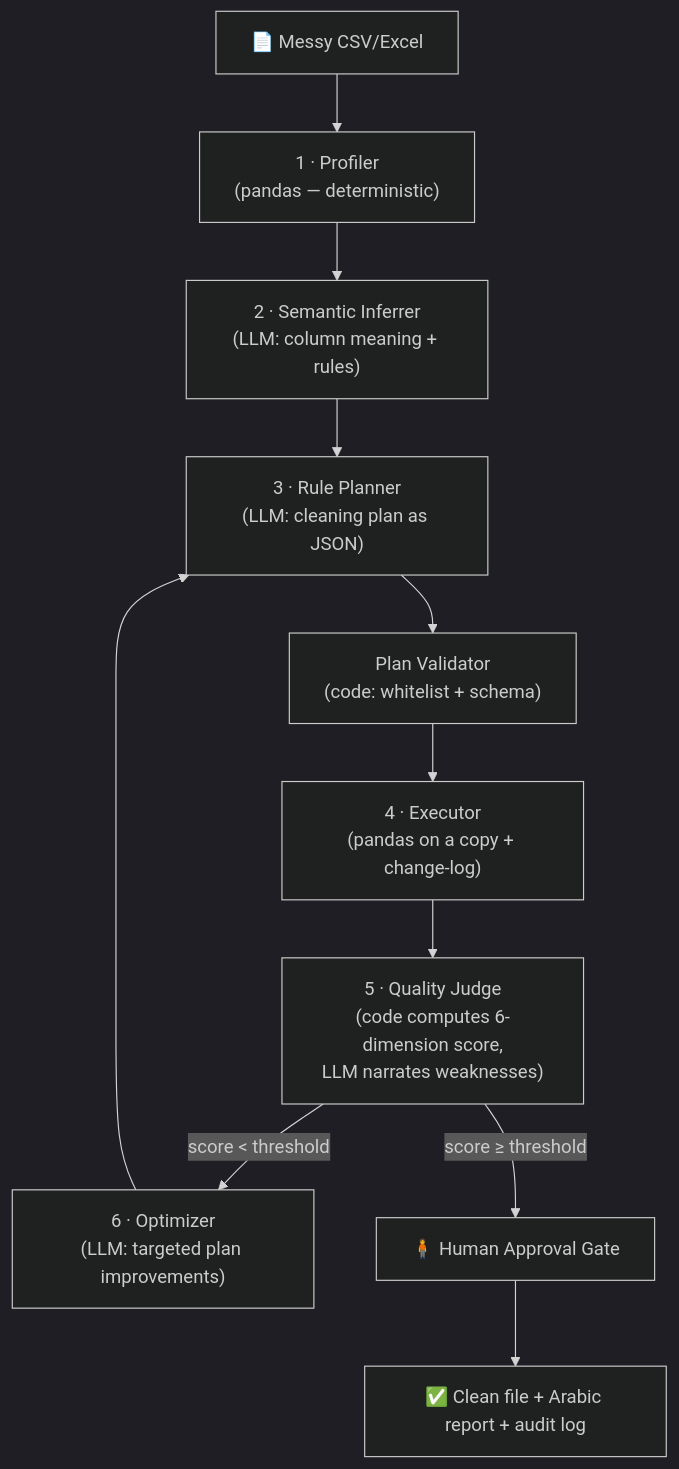
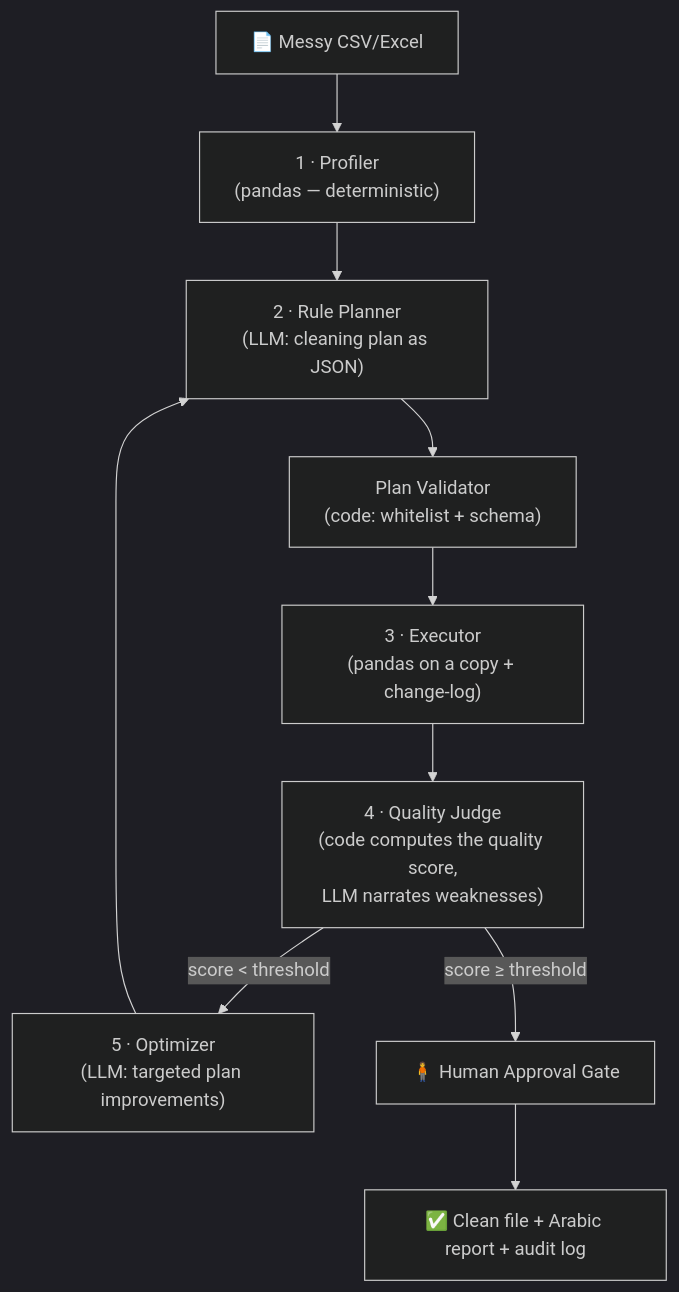
The diagram in README.md (RanemA1mutiri/data-quality-auto-fixer), drawn with Mermaid (dark theme) before and after one commit. The commit also changed other lines of this file and 6 other files, not shown here.

````diff
--- a/README.md
+++ b/README.md
@@ -42,13 +42,12 @@
 ```mermaid
 flowchart TD
     A[📄 Messy CSV/Excel] --> B["1 · Profiler<br/>(pandas — deterministic)"]
-    B --> C["2 · Semantic Inferrer<br/>(LLM: column meaning + rules)"]
-    C --> D["3 · Rule Planner<br/>(LLM: cleaning plan as JSON)"]
+    B --> D["2 · Rule Planner<br/>(LLM: cleaning plan as JSON)"]
     D --> V["Plan Validator<br/>(code: whitelist + schema)"]
-    V --> E["4 · Executor<br/>(pandas on a copy + change-log)"]
-    E --> F["5 · Quality Judge<br/>(code computes 6-dimension score,<br/>LLM narrates weaknesses)"]
-    F -->|score < threshold| G["6 · Optimizer<br/>(LLM: targeted plan improvements)"]
+    V --> E["3 · Executor<br/>(pandas on a copy + change-log)"]
+    E --> F["4 · Quality Judge<br/>(code computes the quality score,<br/>LLM narrates weaknesses)"]
+    F -->|score < threshold| G["5 · Optimizer<br/>(LLM: targeted plan improvements)"]
     G --> D
     F -->|score ≥ threshold| H["🧍 Human Approval Gate"]
     H --> I[✅ Clean file + Arabic report + audit log]
 ```
````
